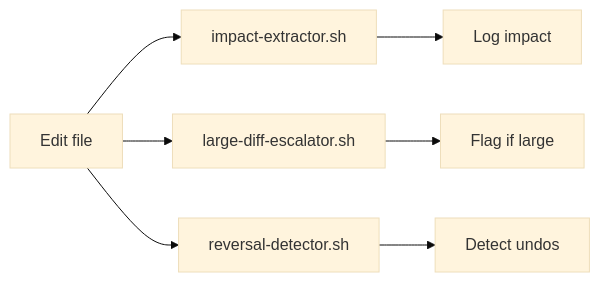
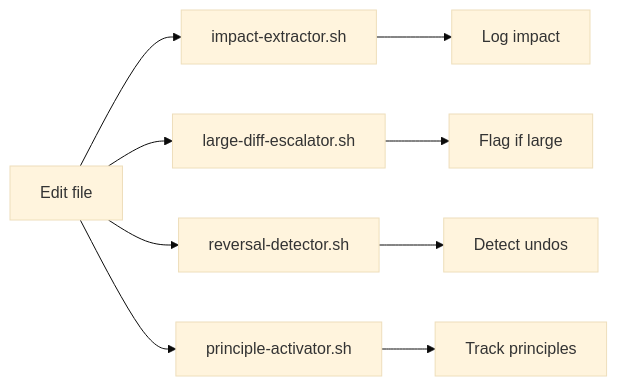
Before and after one commit to meaganewaller/weekly-reviews: diagram 13 of 16 in data-capture.md, drawn with Mermaid (base theme). The commit also changed other lines of this file and 10 other files, not shown here.

```diff
--- a/data-capture.md
+++ b/data-capture.md
@@ -201,9 +311,11 @@
 {% mermaid %}
 flowchart LR
     A[Edit file] --> B[impact-extractor.sh]
     A --> C[large-diff-escalator.sh]
     A --> D[reversal-detector.sh]
-    B --> E[Log impact]
-    C --> F[Flag if large]
-    D --> G[Detect undos]
+    A --> E[principle-activator.sh]
+    B --> F[Log impact]
+    C --> G[Flag if large]
+    D --> H[Detect undos]
+    E --> I[Track principles]
 {% endmermaid %}
```
